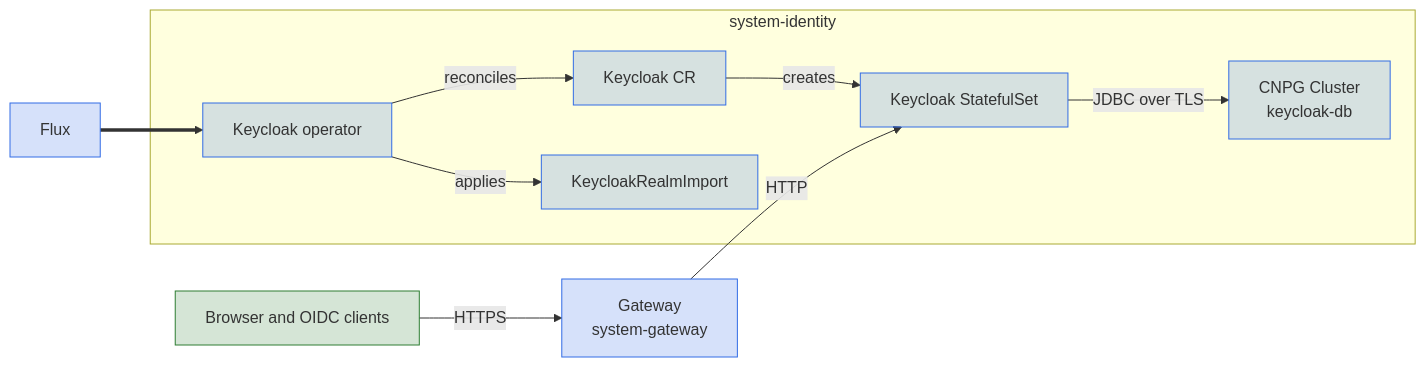
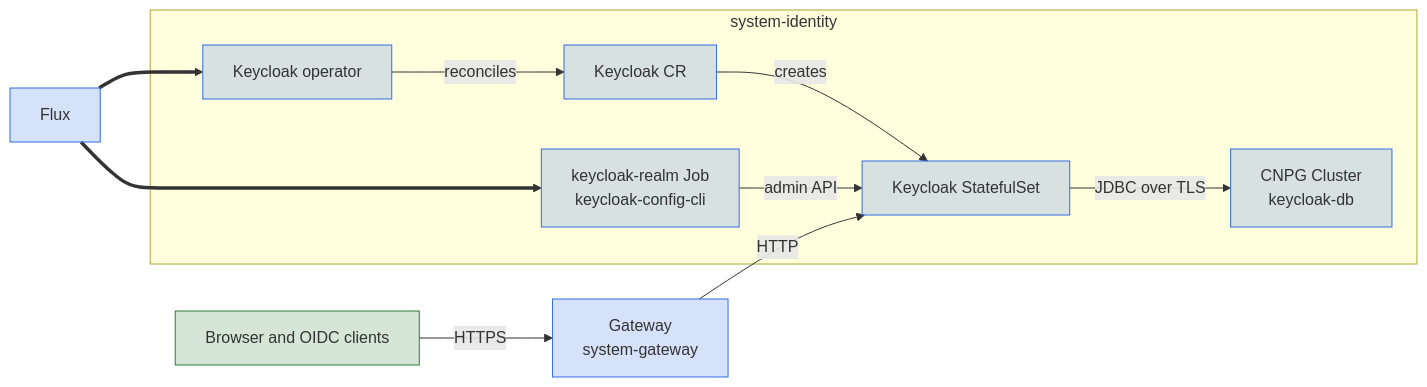
The diagram in docs/guides/identity/keycloak.md (windsorcli/core), drawn with Mermaid before and after one commit. The commit also changed other lines of this file and 29 other files, not shown here.

Commit message:
fix(identity): apply the platform realm with keycloak-config-cli

````diff
--- a/docs/guides/identity/keycloak.md
+++ b/docs/guides/identity/keycloak.md
@@ -153,27 +153,28 @@
 ```mermaid
 flowchart LR
   flux[Flux]
   users[Browser and OIDC clients]
 
   subgraph systemidentity[system-identity]
     operator[Keycloak operator]
     keycloak_cr[Keycloak CR]
     keycloak_sts[Keycloak StatefulSet]
-    realm[KeycloakRealmImport]
+    realm[keycloak-realm Job<br/>keycloak-config-cli]
     pg[CNPG Cluster<br/>keycloak-db]
   end
 
   gateway[Gateway<br/>system-gateway]
 
   flux ==> operator
   operator -->|reconciles| keycloak_cr
   keycloak_cr -->|creates| keycloak_sts
-  operator -->|applies| realm
+  flux ==> realm
+  realm -->|admin API| keycloak_sts
   keycloak_sts -->|JDBC over TLS| pg
   users -->|HTTPS| gateway
   gateway -->|HTTP| keycloak_sts
   classDef k8s fill:#326CE533,stroke:#326CE5
   classDef app fill:#2E7D3233,stroke:#2E7D32
   class flux,operator,keycloak_cr,keycloak_sts,realm,pg,gateway k8s
   class users app
 ```
````
